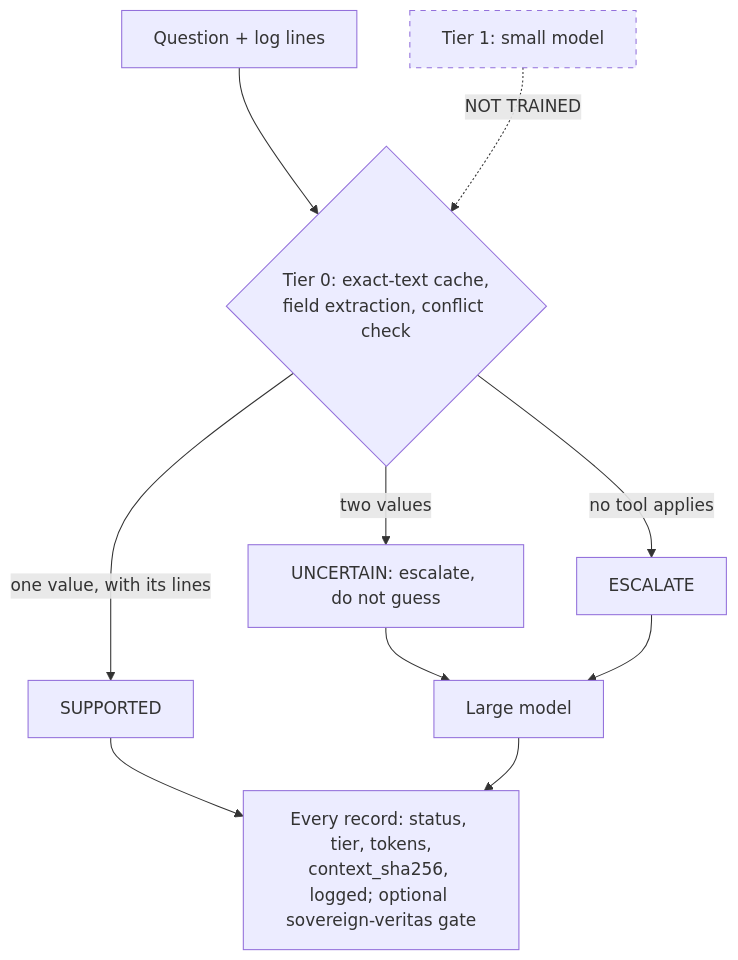
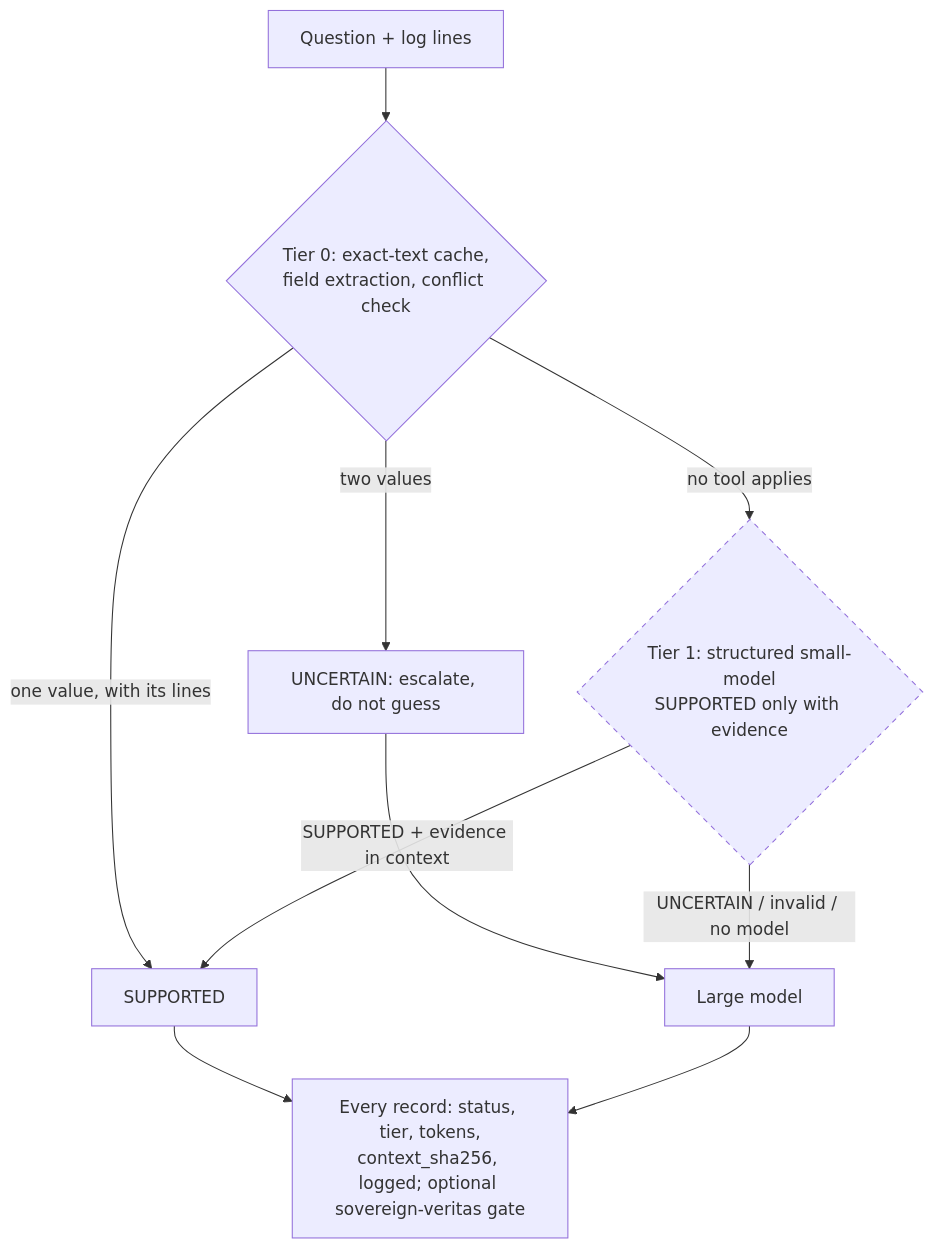
Before and after one commit to holland202/veritas-companion: the diagram in README.md, drawn with Mermaid. The commit also changed other lines of this file, not shown here.

Commit message:
C008: README status table + diagram (Tier-1 routing built, weights still NOT TRAINED)

````diff
--- a/README.md
+++ b/README.md
@@ -45,12 +45,13 @@
 ```mermaid
 flowchart TB
   Q[Question + log lines] --> T0{Tier 0: exact-text cache,<br/>field extraction, conflict check}
   T0 -->|one value, with its lines| S[SUPPORTED]
   T0 -->|two values| U[UNCERTAIN: escalate, do not guess]
-  T0 -->|no tool applies| E[ESCALATE]
+  T0 -->|no tool applies| T1{Tier 1: structured small-model<br/>SUPPORTED only with evidence}
   U --> L[Large model]
-  E --> L
+  T1 -->|SUPPORTED + evidence in context| S
+  T1 -->|UNCERTAIN / invalid / no model| L
   S & L --> G[Every record: status, tier, tokens,<br/>context_sha256, logged; optional sovereign-veritas gate]
-  T1[Tier 1: small model]:::off -.->|NOT TRAINED| T0
-  classDef off stroke-dasharray: 5 5
+  T1:::partial
+  classDef partial stroke-dasharray: 5 5
 ```
````
